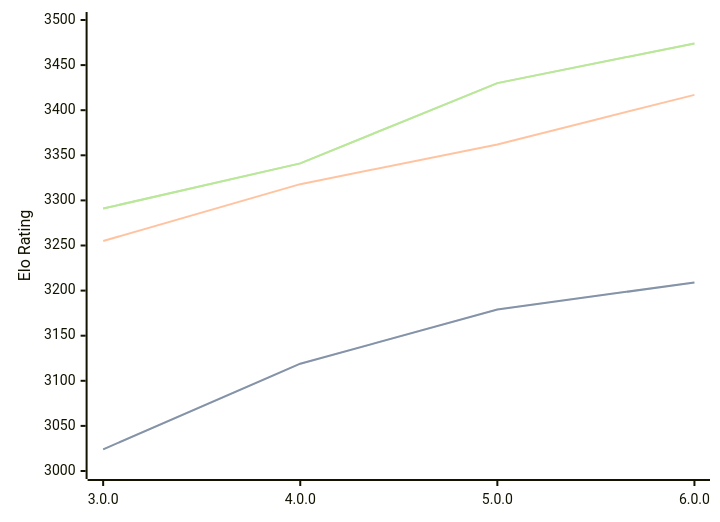
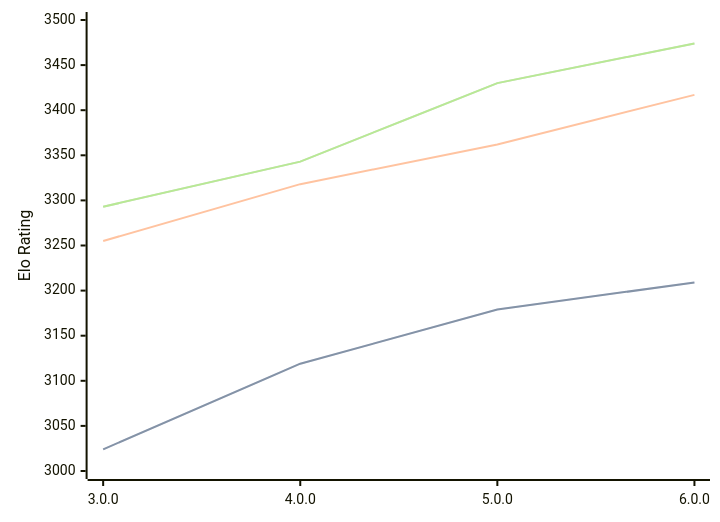
One commit to computer-chess-index/cci changed the diagram in engines/Minke.md. Above: the diagram before and after it, drawn with Mermaid. The commit also changed other lines of this file, not shown here.

Commit message:
Update CCI Ratings (ELO VLTC) - 2026-05-05

````diff
--- a/engines/Minke.md
+++ b/engines/Minke.md
@@ -36,11 +36,11 @@
 ```mermaid
 %%{init: {"theme":"base","themeVariables":{"seriesColors:['#a3a3a3','#222221','#faa371']}}}%%
 xychart-beta
   x-axis ["3.0.0", "4.0.0", "5.0.0", "6.0.0"]
   y-axis "Elo Rating" 3000 --> 3500
   line "STC (8.0+0.08s)" [3024, 3119, 3179, 3209]
   line "STC (8.0+0.08s)" [3024, 3119, 3179, 3209]
   line "LTC (60.0+0.60s)" [3255, 3318, 3362, 3417]
-  line "VLTC (2m24s+1.12s)" [3291, 3341, 3430, 3474]
-  line "VLTC (2m24s+1.12s)" [3291, 3341, 3430, 3474]
+  line "VLTC (2m24s+1.12s)" [3293, 3343, 3430, 3474]
+  line "VLTC (2m24s+1.12s)" [3293, 3343, 3430, 3474]
 ```
````
